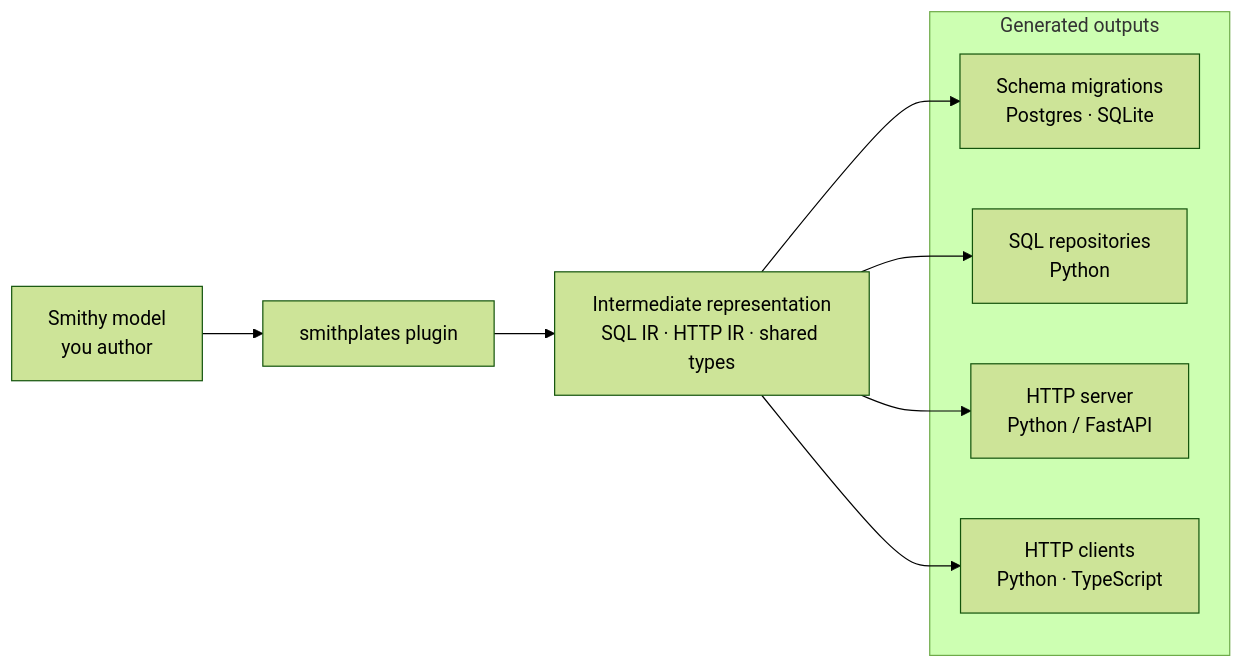
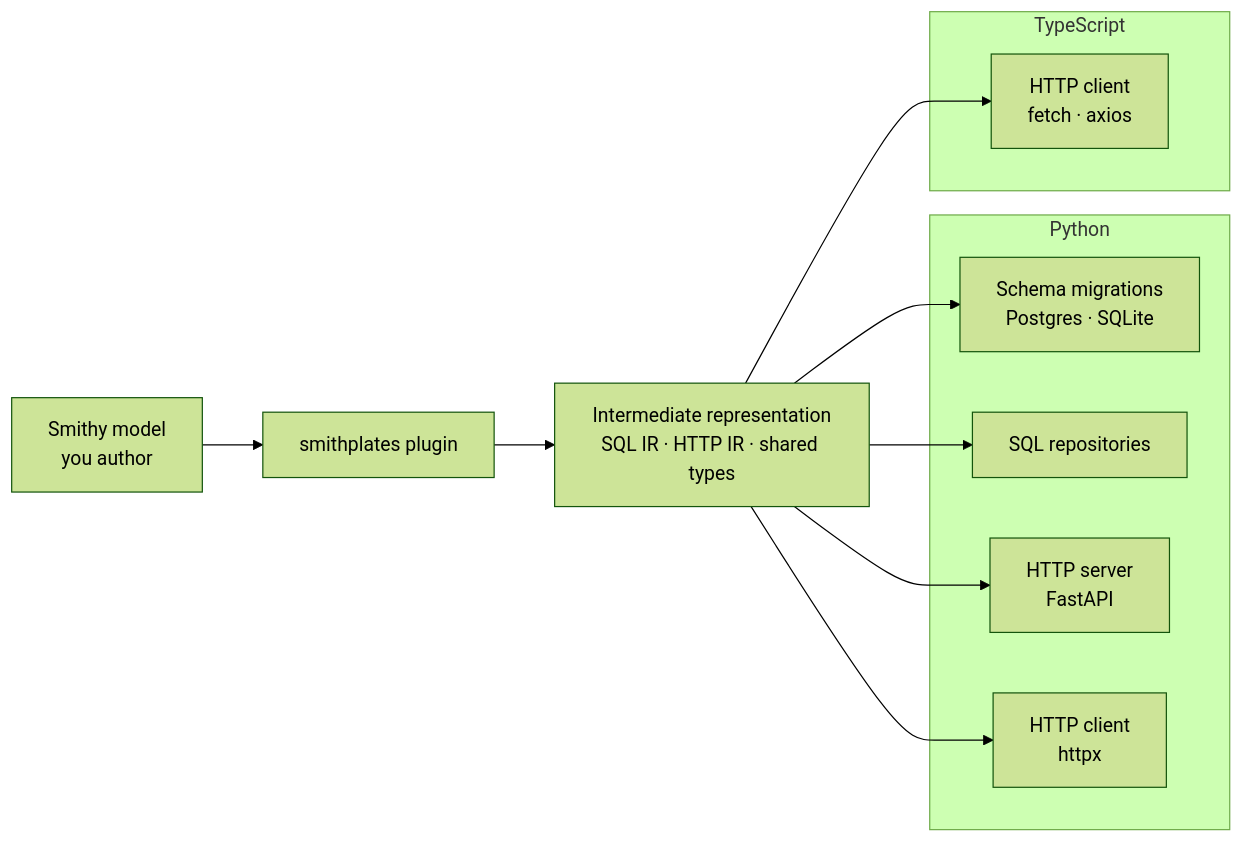
The diagram in docs/reusable-components/architecture-pipeline.mmd (Jacoby6000/Smithplates), drawn with Mermaid (forest theme) before and after one commit. The commit also changed 2 other files, not shown here.

Commit message:
Group architecture diagram outputs by language.
Give each generated artifact its own node under Python and TypeScript subgraphs.

```diff
--- a/docs/reusable-components/architecture-pipeline.mmd
+++ b/docs/reusable-components/architecture-pipeline.mmd
@@ -1,18 +1,23 @@
 %%{init: {"flowchart": {"curve": "basis"}}}%%
 flowchart LR
     Smithy["Smithy model<br/>you author"]
     Plugin["smithplates plugin"]
     IR["Intermediate representation<br/>SQL IR · HTTP IR · shared types"]
 
-    subgraph outputs["Generated outputs"]
-        Migrations["Schema migrations<br/>Postgres · SQLite"]
-        SqlSvc["SQL repositories<br/>Python"]
-        HttpServer["HTTP server<br/>Python / FastAPI"]
-        HttpClient["HTTP clients<br/>Python · TypeScript"]
+    subgraph python["Python"]
+        PyMigrations["Schema migrations<br/>Postgres · SQLite"]
+        PySql["SQL repositories"]
+        PyServer["HTTP server<br/>FastAPI"]
+        PyClient["HTTP client<br/>httpx"]
+    end
+
+    subgraph typescript["TypeScript"]
+        TsClient["HTTP client<br/>fetch · axios"]
     end
 
     Smithy --> Plugin --> IR
-    IR --> Migrations
-    IR --> SqlSvc
-    IR --> HttpServer
-    IR --> HttpClient
+    IR --> PyMigrations
+    IR --> PySql
+    IR --> PyServer
+    IR --> PyClient
+    IR --> TsClient
```
